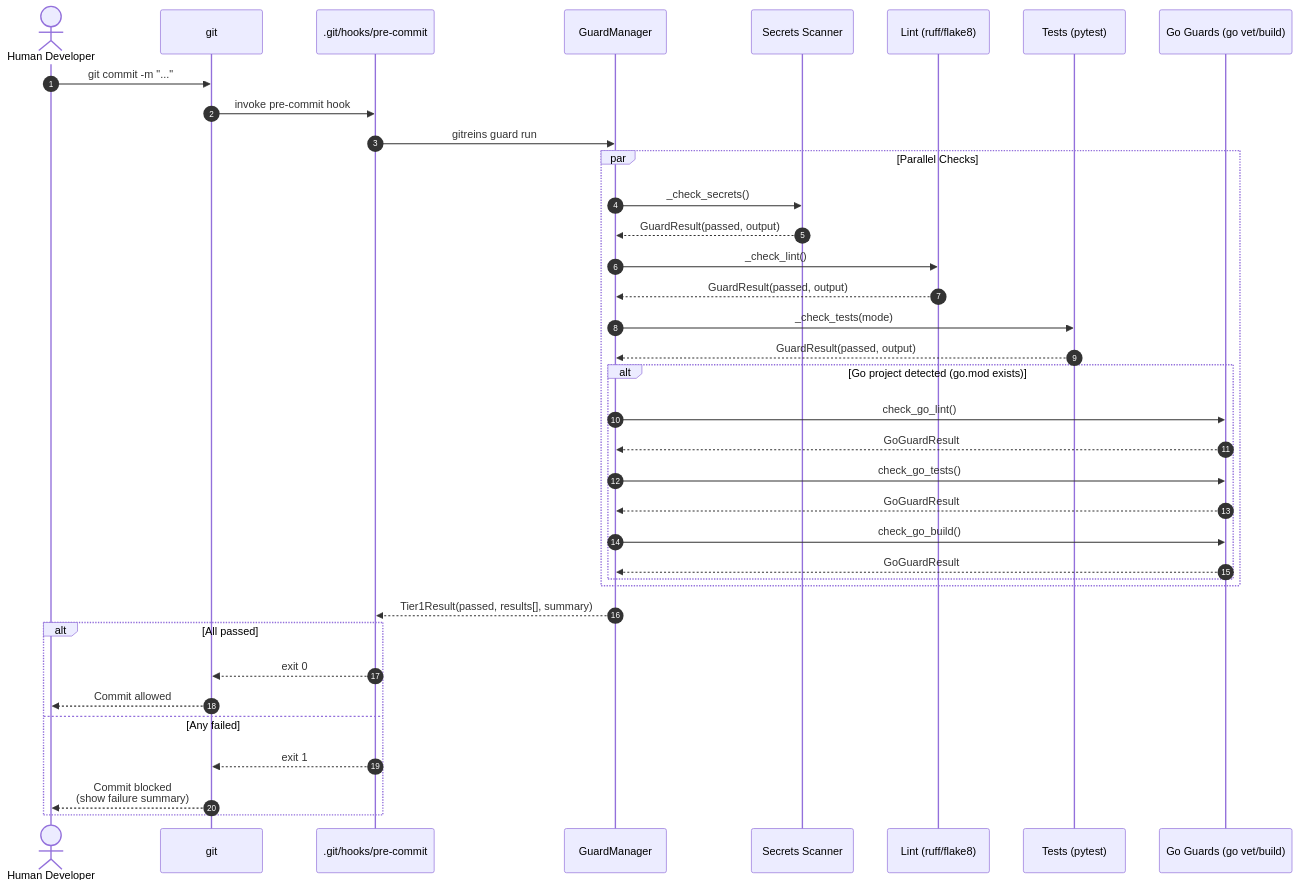
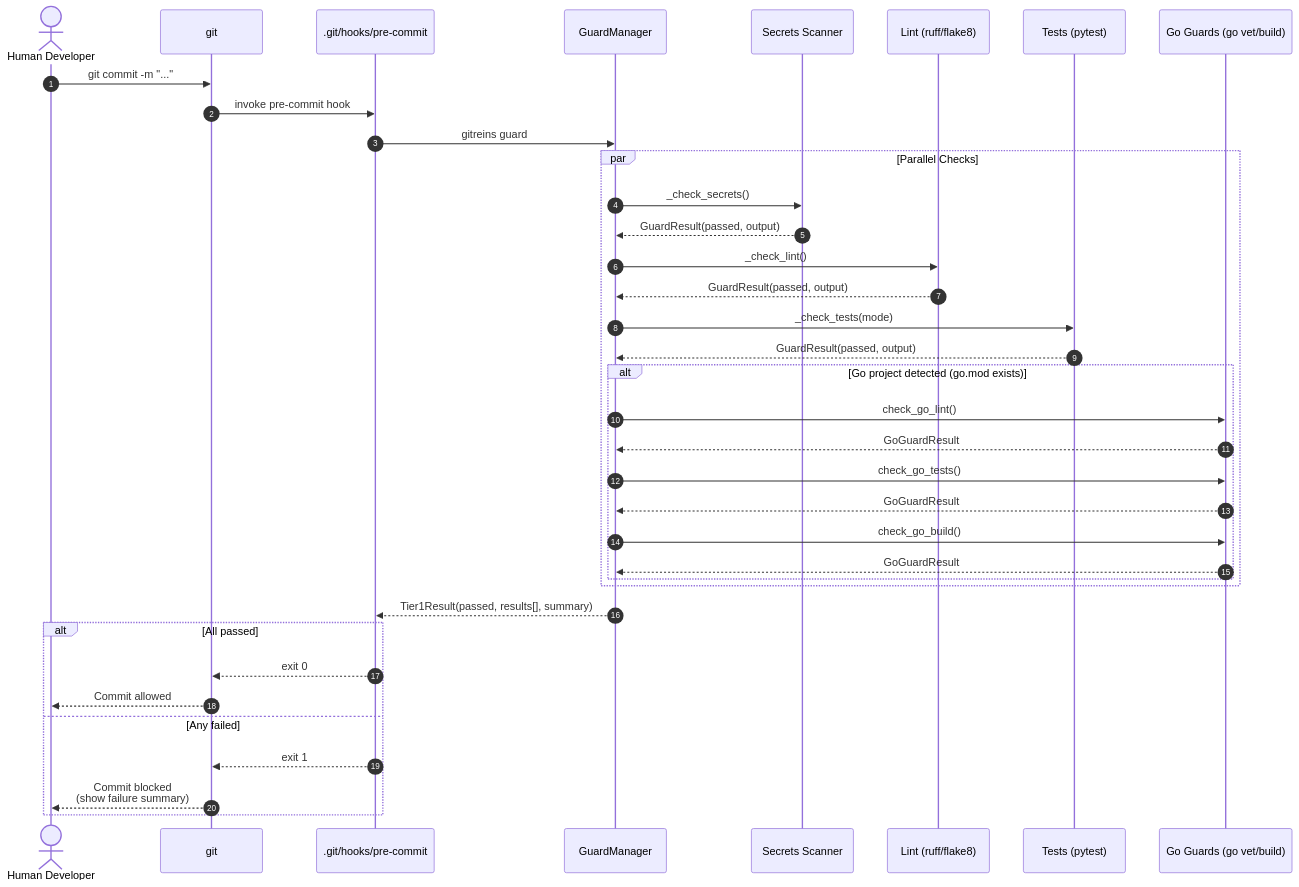
The second of 5 diagrams in specs/01-Architecture.md (totalwindupflightsystems/gitreins), drawn with Mermaid before and after one commit. The commit also changed other lines of this file and 5 other files, not shown here.

````diff
--- a/specs/01-Architecture.md
+++ b/specs/01-Architecture.md
@@ -67,46 +74,46 @@
 ```mermaid
 sequenceDiagram
     autonumber
     actor Human as Human Developer
     participant Git as git
     participant Hook as .git/hooks/pre-commit
     participant GM as GuardManager
     participant Secrets as Secrets Scanner
     participant Lint as Lint (ruff/flake8)
     participant Tests as Tests (pytest)
     participant Go as Go Guards (go vet/build)
 
     Human->>Git: git commit -m "..."
     Git->>Hook: invoke pre-commit hook
-    Hook->>GM: gitreins guard run
+    Hook->>GM: gitreins guard
     
     par Parallel Checks
         GM->>Secrets: _check_secrets()
         Secrets-->>GM: GuardResult(passed, output)
         
         GM->>Lint: _check_lint()
         Lint-->>GM: GuardResult(passed, output)
         
         GM->>Tests: _check_tests(mode)
         Tests-->>GM: GuardResult(passed, output)
         
         alt Go project detected (go.mod exists)
             GM->>Go: check_go_lint()
             Go-->>GM: GoGuardResult
             GM->>Go: check_go_tests()
             Go-->>GM: GoGuardResult
             GM->>Go: check_go_build()
             Go-->>GM: GoGuardResult
         end
     end
     
     GM-->>Hook: Tier1Result(passed, results[], summary)
     
     alt All passed
         Hook-->>Git: exit 0
         Git-->>Human: Commit allowed
     else Any failed
         Hook-->>Git: exit 1
         Git-->>Human: Commit blocked<br/>(show failure summary)
     end
 ```
````
